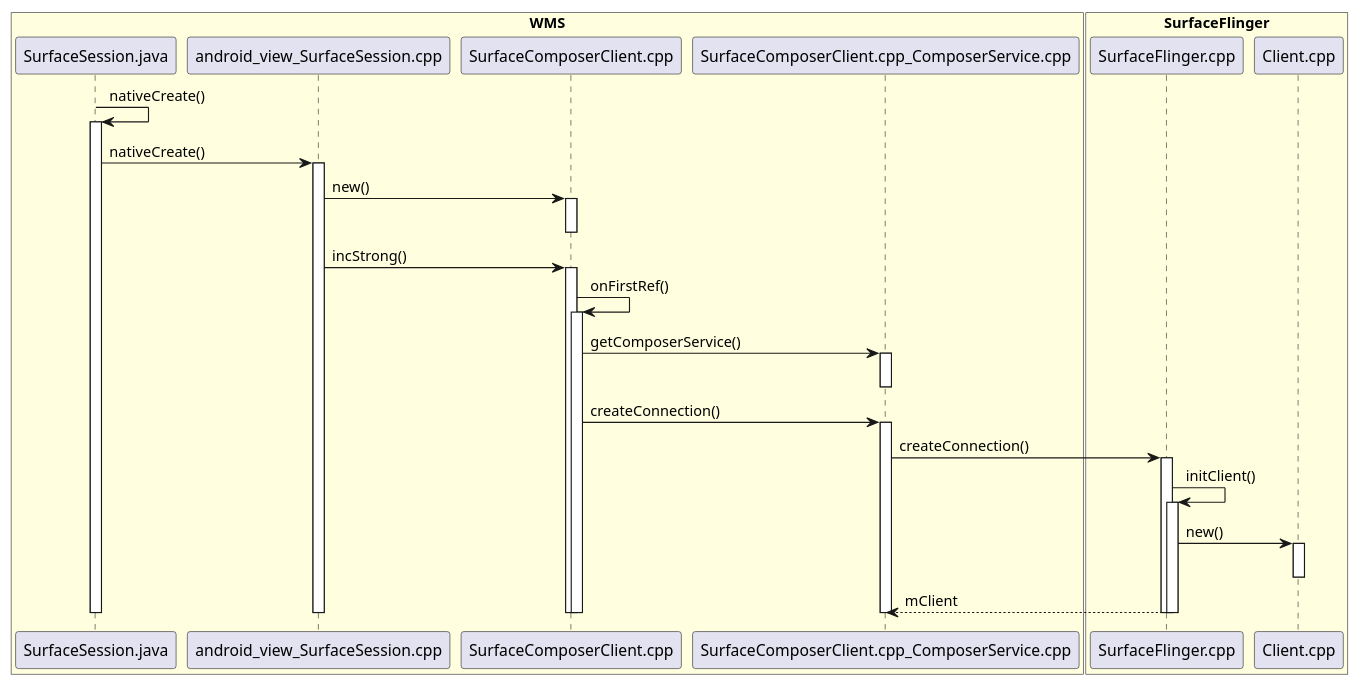
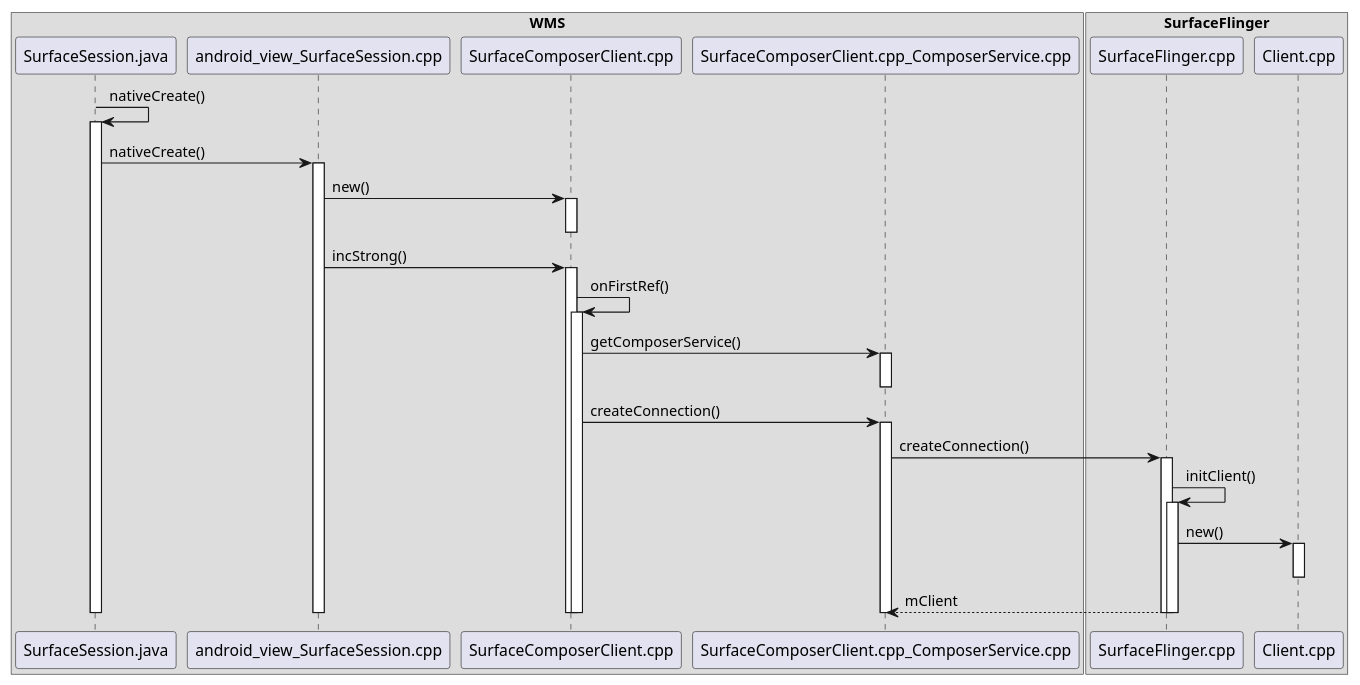
One commit to javalive09/UML changed the diagram in android11/addwindow/AddWindow_2.1.1.1.puml. Above: the diagram before and after it, drawn with PlantUML. The commit also changed 52 other files, not shown here.

Commit message:
update uml

```diff
--- a/android11/addwindow/AddWindow_2.1.1.1.puml
+++ b/android11/addwindow/AddWindow_2.1.1.1.puml
@@ -1,63 +1,63 @@
 @startuml
 
-box "WMS" #LightYellow
+box "WMS"
 participant SurfaceSession.java
 participant android_view_SurfaceSession.cpp
 participant SurfaceComposerClient.cpp
 participant SurfaceComposerClient.cpp_ComposerService.cpp
 end box
 
-box "SurfaceFlinger" #LightYellow
+box "SurfaceFlinger"
 participant SurfaceFlinger.cpp
 participant Client.cpp
 end box
 
 SurfaceSession.java -> SurfaceSession.java:nativeCreate()
 activate SurfaceSession.java
 
 SurfaceSession.java -> android_view_SurfaceSession.cpp:nativeCreate()
 activate android_view_SurfaceSession.cpp
 
 android_view_SurfaceSession.cpp -> SurfaceComposerClient.cpp:new()
 activate SurfaceComposerClient.cpp
 deactivate SurfaceComposerClient.cpp
 
 android_view_SurfaceSession.cpp -> SurfaceComposerClient.cpp:incStrong()
 activate SurfaceComposerClient.cpp
 SurfaceComposerClient.cpp -> SurfaceComposerClient.cpp:onFirstRef()
 activate SurfaceComposerClient.cpp
 
 SurfaceComposerClient.cpp -> SurfaceComposerClient.cpp_ComposerService.cpp:getComposerService()
 activate SurfaceComposerClient.cpp_ComposerService.cpp
 deactivate SurfaceComposerClient.cpp_ComposerService.cpp
 SurfaceComposerClient.cpp -> SurfaceComposerClient.cpp_ComposerService.cpp:createConnection()
 activate SurfaceComposerClient.cpp_ComposerService.cpp
 
 SurfaceComposerClient.cpp_ComposerService.cpp -> SurfaceFlinger.cpp:createConnection()
 activate SurfaceFlinger.cpp
 SurfaceFlinger.cpp -> SurfaceFlinger.cpp:initClient()
 activate SurfaceFlinger.cpp
 SurfaceFlinger.cpp -> Client.cpp:new()
 activate Client.cpp
 deactivate Client.cpp
 SurfaceFlinger.cpp -->SurfaceComposerClient.cpp_ComposerService.cpp: mClient
 deactivate SurfaceFlinger.cpp
 deactivate SurfaceFlinger.cpp
 
 
 
 deactivate SurfaceComposerClient.cpp_ComposerService.cpp
 
 deactivate SurfaceComposerClient.cpp
 deactivate SurfaceComposerClient.cpp
 
 deactivate android_view_SurfaceSession.cpp
 
 deactivate SurfaceSession.java
 
 deactivate SurfaceSession.java
 
 
 
 
 @enduml
```
